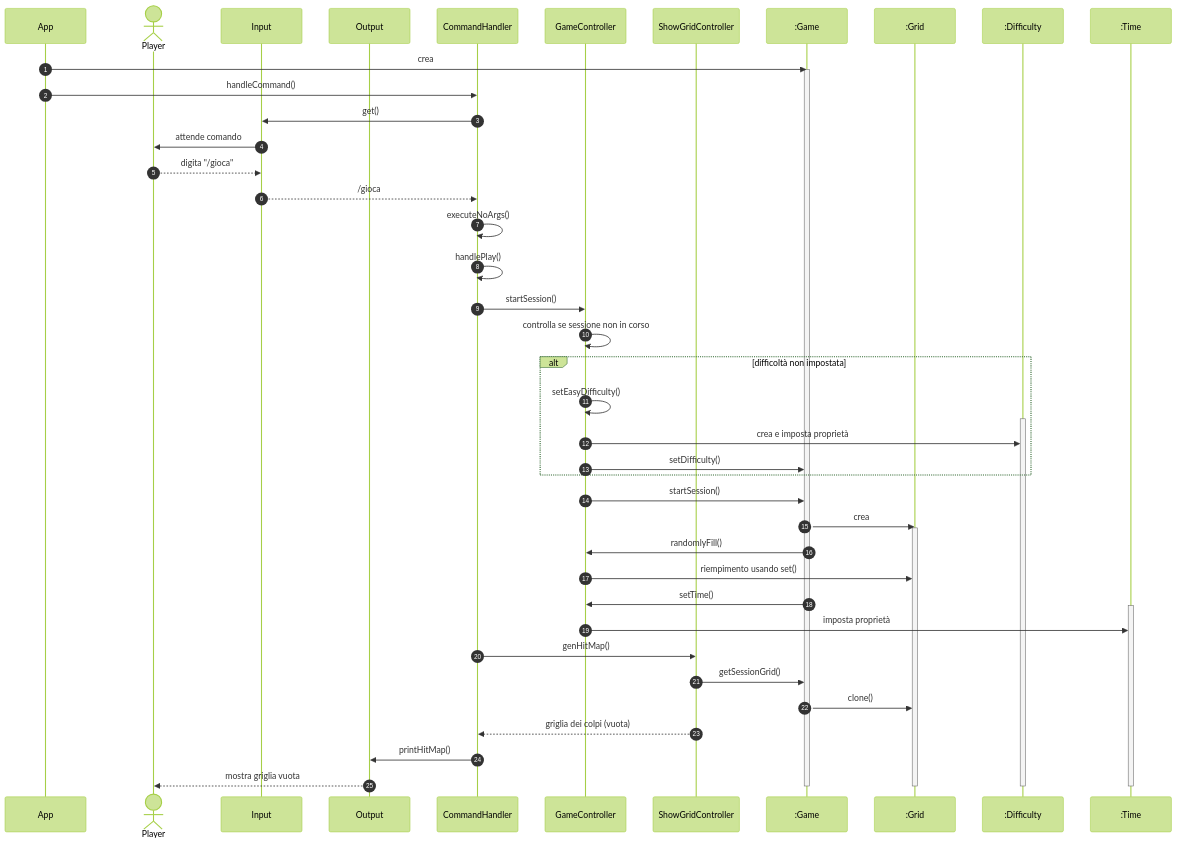
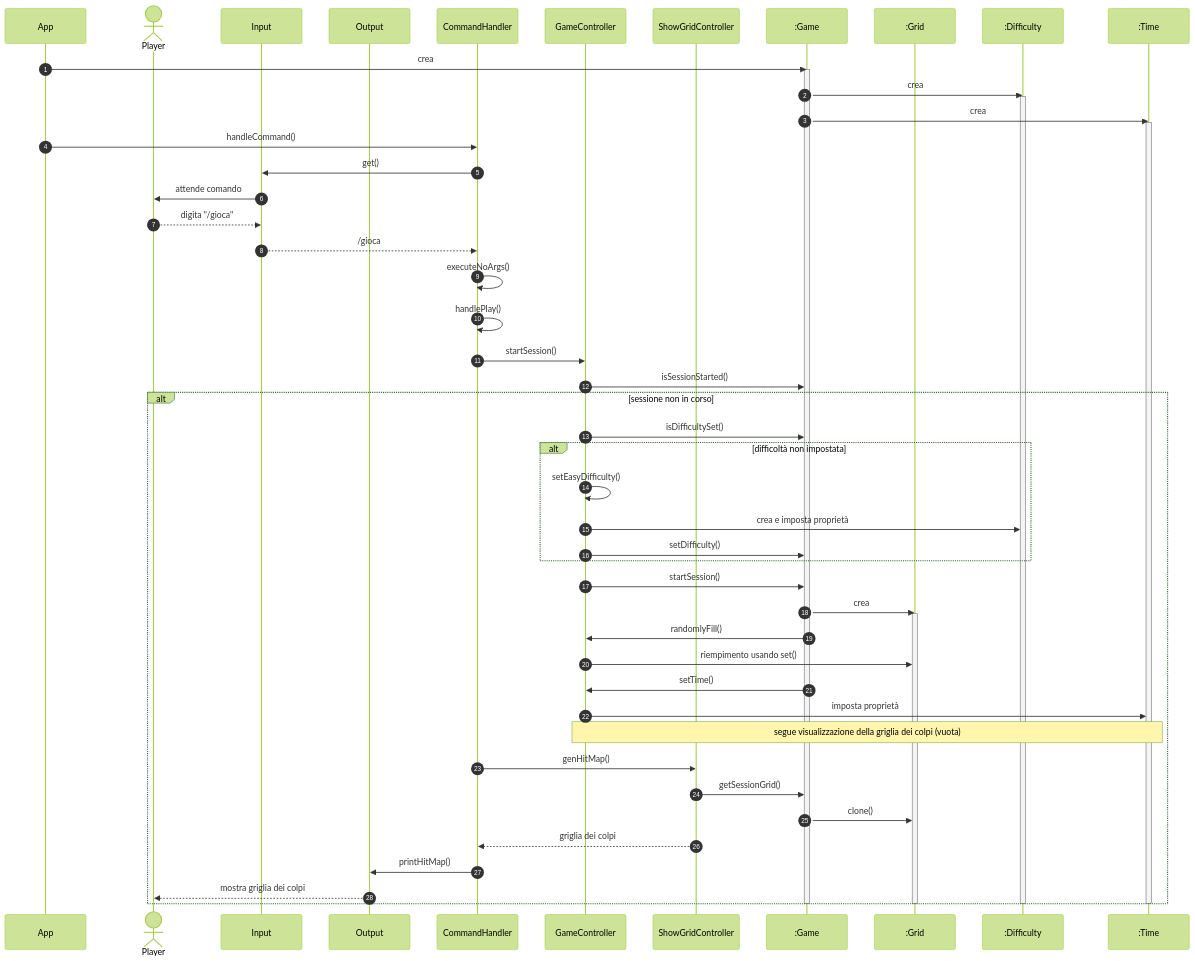
Before and after one commit to softeng2223-inf-uniba/progetto2223-thacker: the second of 9 diagrams in docs/Report.md, drawn with Mermaid (forest theme). The commit also changed other lines of this file, not shown here.

````diff
--- a/docs/Report.md
+++ b/docs/Report.md
@@ -203,55 +203,60 @@
 ```mermaid
 sequenceDiagram
   autonumber
 
   participant App
   actor Player
   participant Input
   participant Output
   participant CH as CommandHandler
   participant GaCo as GameController
   participant ShGriCo as ShowGridController
   participant Ga as :Game
   participant Grid as :Grid
   participant Diff as :Difficulty
   participant Time as :Time
 
   App ->> Ga : crea
   activate Ga
+  Ga ->> Diff: crea
+  activate Diff
+  Ga ->> Time: crea
+  activate Time
 
   App ->> CH: handleCommand()
   CH ->> Input: get()
   Input ->> Player: attende comando
   Player -->> Input: digita "/gioca"
   Input -->> CH: /gioca
   CH ->> CH: executeNoArgs()
   CH ->> CH: handlePlay()
   CH ->> GaCo: startSession()
-  GaCo ->> GaCo: controlla se sessione non in corso
-  alt difficoltà non impostata
-    GaCo ->> GaCo: setEasyDifficulty()
-    activate Diff
-    GaCo ->> Diff: crea e imposta proprietà
-    GaCo ->> Ga: setDifficulty()
+  GaCo ->> Ga: isSessionStarted()
+  alt sessione non in corso
+    GaCo ->> Ga: isDifficultySet()
+    alt difficoltà non impostata
+      GaCo ->> GaCo: setEasyDifficulty()
+      GaCo ->> Diff: crea e imposta proprietà
+      GaCo ->> Ga: setDifficulty()
+    end
+    GaCo ->> Ga: startSession()
+    Ga ->> Grid: crea
+    activate Grid
+    Ga ->> GaCo: randomlyFill()
+    GaCo ->> Grid: riempimento usando set()
+    Ga ->> GaCo: setTime()
+    GaCo ->> Time: imposta proprietà
+
+    note over GaCo, Time: segue visualizzazione della griglia dei colpi (vuota)
+    CH ->> ShGriCo: genHitMap()
+    ShGriCo ->> Ga: getSessionGrid()
+    Ga ->> Grid: clone()
+    ShGriCo -->> CH: griglia dei colpi
+    CH ->> Output: printHitMap()
+    Output -->> Player : mostra griglia dei colpi
   end
-  GaCo ->> Ga: startSession()
-  Ga ->> Grid: crea
-  activate Grid
-  Ga ->> GaCo: randomlyFill()
-  GaCo ->> Grid: riempimento usando set()
-
-  Ga ->> GaCo: setTime()
-  activate Time
-  GaCo ->> Time: imposta proprietà
-  CH ->> ShGriCo: genHitMap()
-  ShGriCo ->> Ga: getSessionGrid()
-  Ga ->> Grid: clone()
-  ShGriCo -->> CH: griglia dei colpi (vuota)
-  CH ->> Output: printHitMap()
-  Output -->> Player : mostra griglia vuota
-
   deactivate Diff
   deactivate Time
   deactivate Grid
   deactivate Ga
 ```
````
